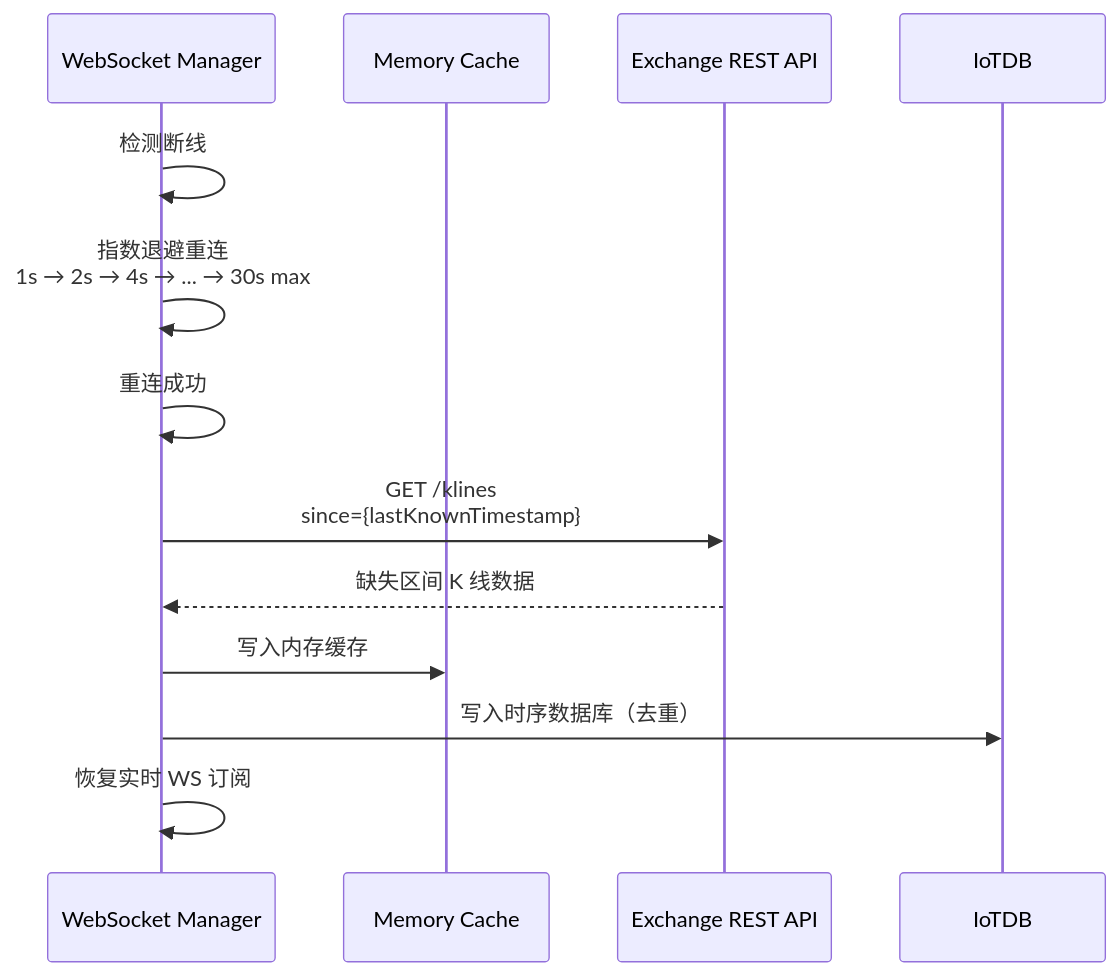
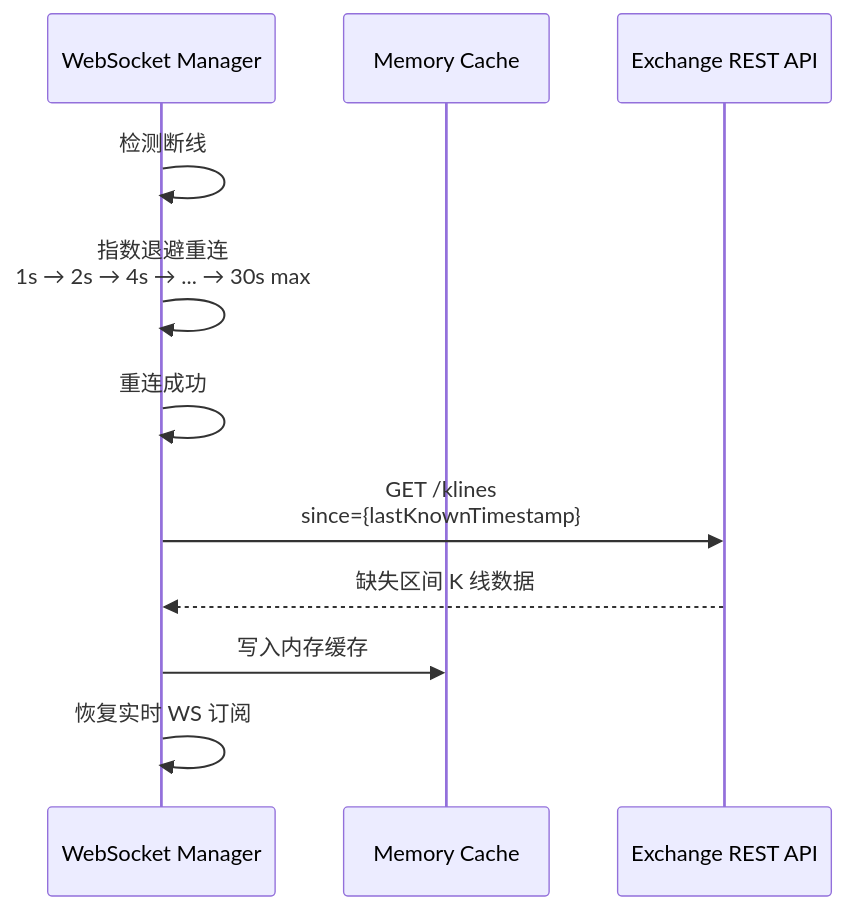
One commit to bambuo/TradeX changed diagram 13 of 14 in docs/TAD.md. Above: the diagram before and after it, drawn with Mermaid. The commit also changed other lines of this file and 16 other files, not shown here.

````diff
--- a/docs/TAD.md
+++ b/docs/TAD.md
@@ -776,18 +755,16 @@
 ```mermaid
 sequenceDiagram
   participant WS as WebSocket Manager
   participant MC as Memory Cache
   participant REST as Exchange REST API
-  participant IoTDB as IoTDB
 
   WS->>WS: 检测断线
   WS->>WS: 指数退避重连<br/>1s → 2s → 4s → ... → 30s max
   WS->>WS: 重连成功
 
   WS->>REST: GET /klines<br/>since={lastKnownTimestamp}
   REST-->>WS: 缺失区间 K 线数据
 
   WS->>MC: 写入内存缓存
-  WS->>IoTDB: 写入时序数据库（去重）
   WS->>WS: 恢复实时 WS 订阅
 ```
````
